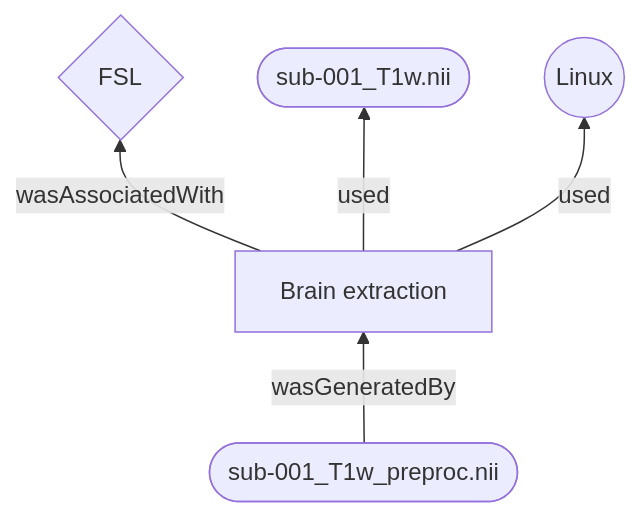
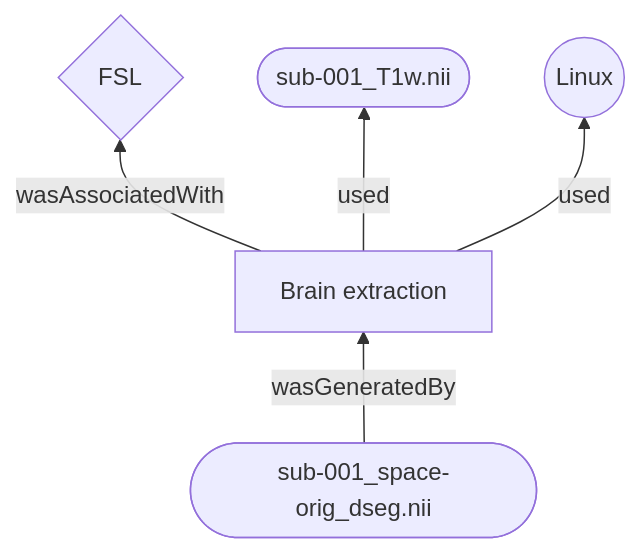
Before and after one commit to bids-standard/bids-specification: the diagram in src/modality-agnostic-files/provenance.md, drawn with Mermaid. The commit also changed other lines of this file, not shown here.

Commit message:
BIDS compliant RDF graph

````diff
--- a/src/modality-agnostic-files/provenance.md
+++ b/src/modality-agnostic-files/provenance.md
@@ -566,7 +566,7 @@
     ```mermaid
     flowchart BT
         B[Brain extraction] -->|wasAssociatedWith| S{FSL<br>}
         B -->|used| T1([sub-001_T1w.nii])
         B -->|used| L((Linux))
-        T1p([sub-001_T1w_preproc.nii]) -->|wasGeneratedBy| B
+        T1p([sub-001_space-orig_dseg.nii]) -->|wasGeneratedBy| B
     ```
````
